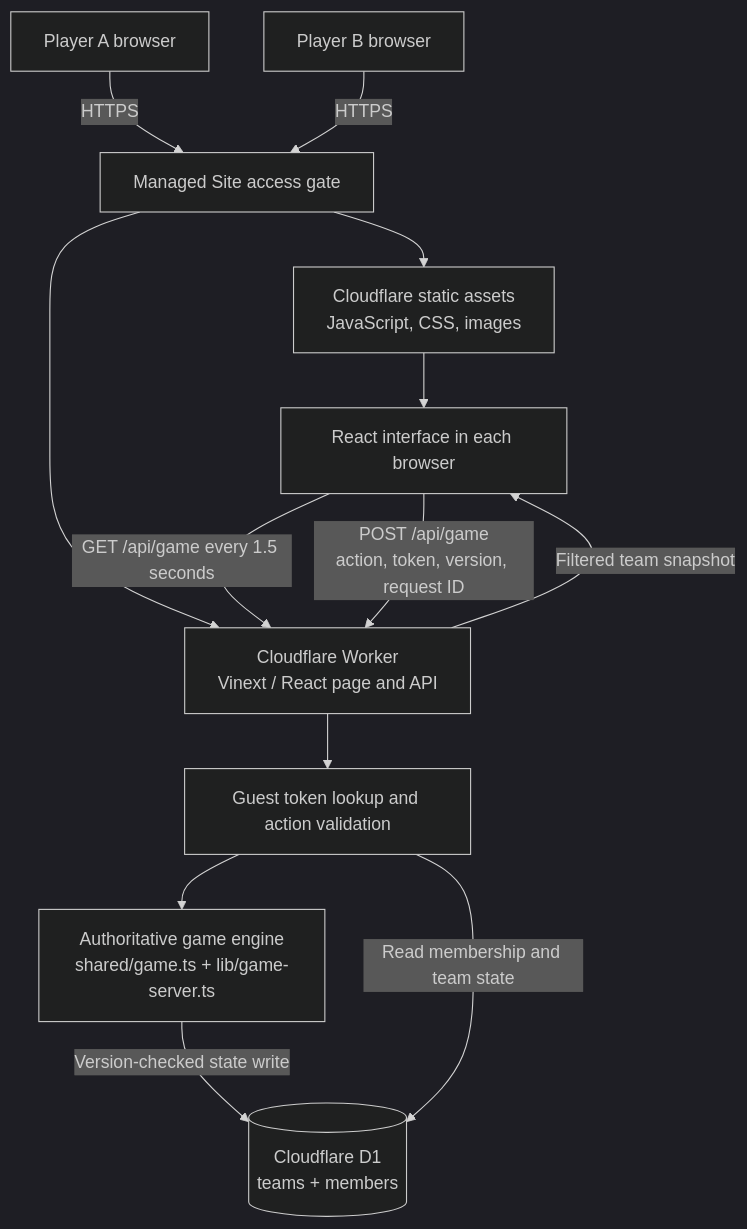
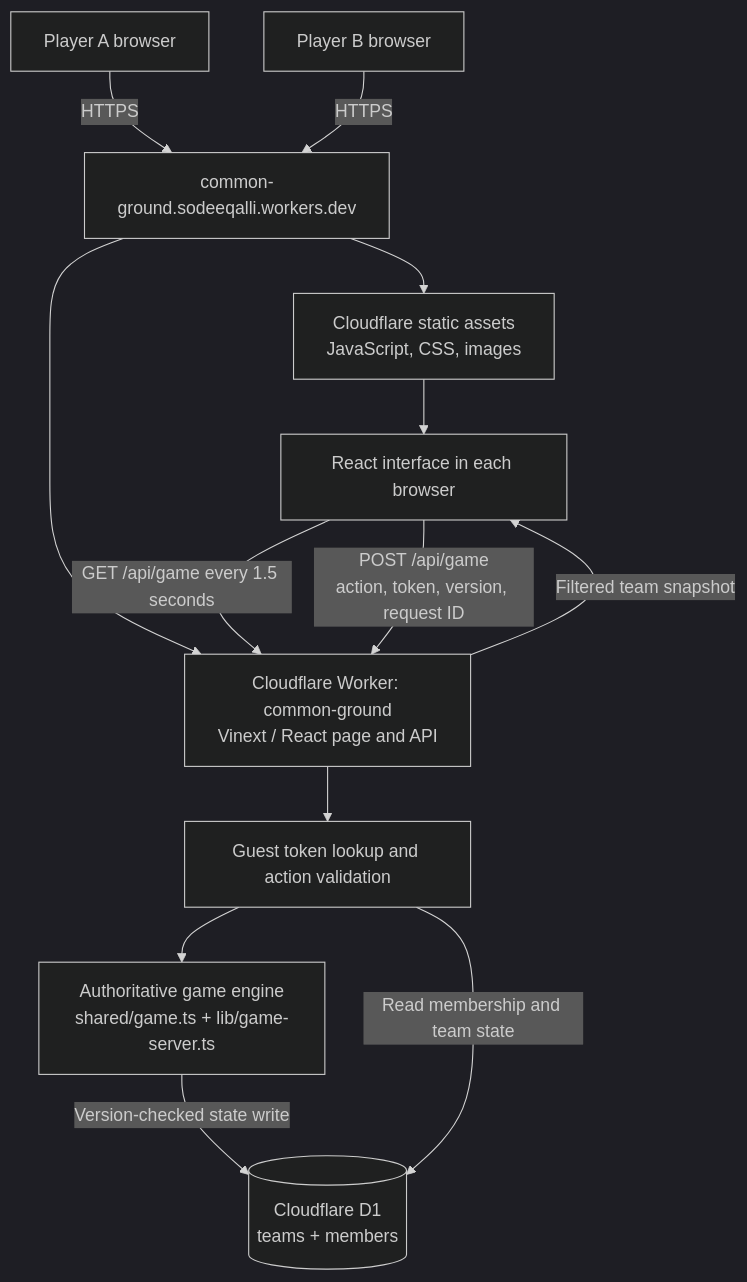
Before and after one commit to Sodeeqalli/common-ground: the first of 3 diagrams in docs/system-architecture.md, drawn with Mermaid (dark theme). The commit also changed other lines of this file and 6 other files, not shown here.

Commit message:
Deploy Common Ground to own Cloudflare Worker and D1

````diff
--- a/docs/system-architecture.md
+++ b/docs/system-architecture.md
@@ -19,15 +21,15 @@
 ```mermaid
 flowchart TD
-    A[Player A browser] -->|HTTPS| Access[Managed Site access gate]
-    B[Player B browser] -->|HTTPS| Access
-    Access --> Assets[Cloudflare static assets<br/>JavaScript, CSS, images]
-    Access --> Worker[Cloudflare Worker<br/>Vinext / React page and API]
+    A[Player A browser] -->|HTTPS| Edge[common-ground.sodeeqalli.workers.dev]
+    B[Player B browser] -->|HTTPS| Edge
+    Edge --> Assets[Cloudflare static assets<br/>JavaScript, CSS, images]
+    Edge --> Worker[Cloudflare Worker: common-ground<br/>Vinext / React page and API]
     Assets --> UI[React interface in each browser]
     UI -->|GET /api/game every 1.5 seconds| Worker
     UI -->|POST /api/game<br/>action, token, version, request ID| Worker
     Worker --> Auth[Guest token lookup and action validation]
     Auth --> Engine[Authoritative game engine<br/>shared/game.ts + lib/game-server.ts]
     Engine -->|Version-checked state write| DB[(Cloudflare D1<br/>teams + members)]
     Auth -->|Read membership and team state| DB
     Worker -->|Filtered team snapshot| UI
 ```
````
